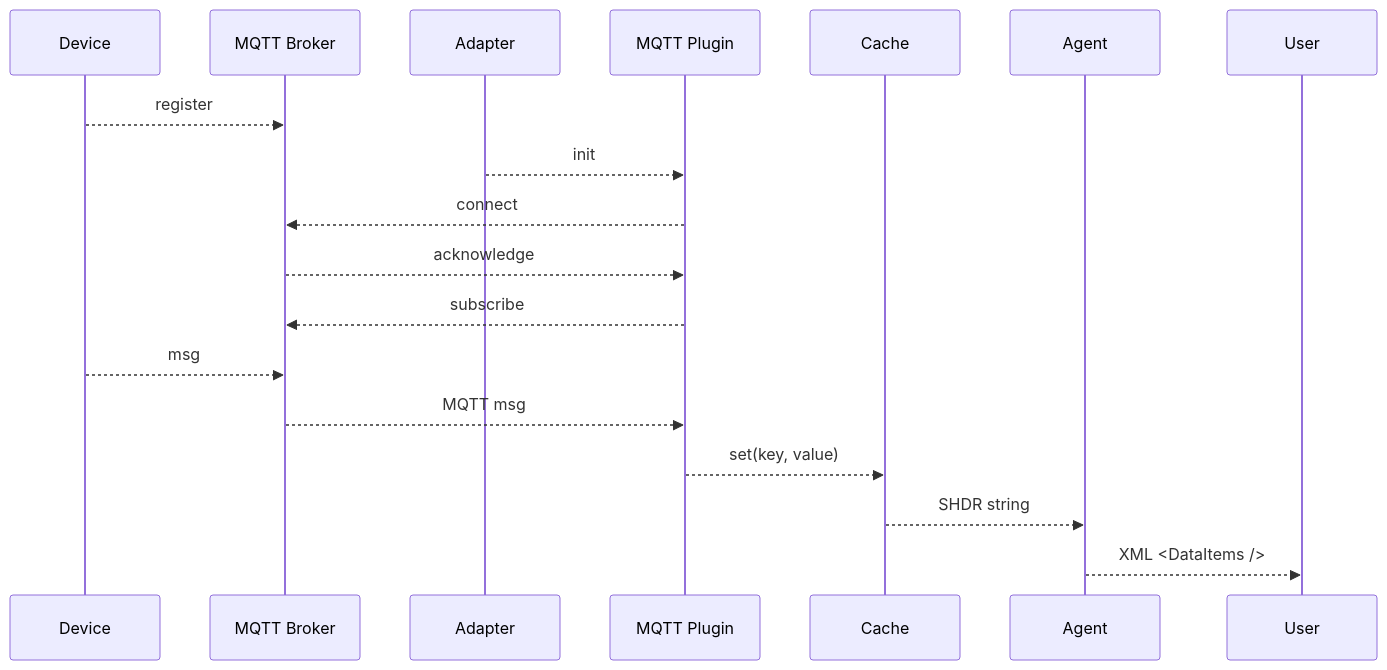
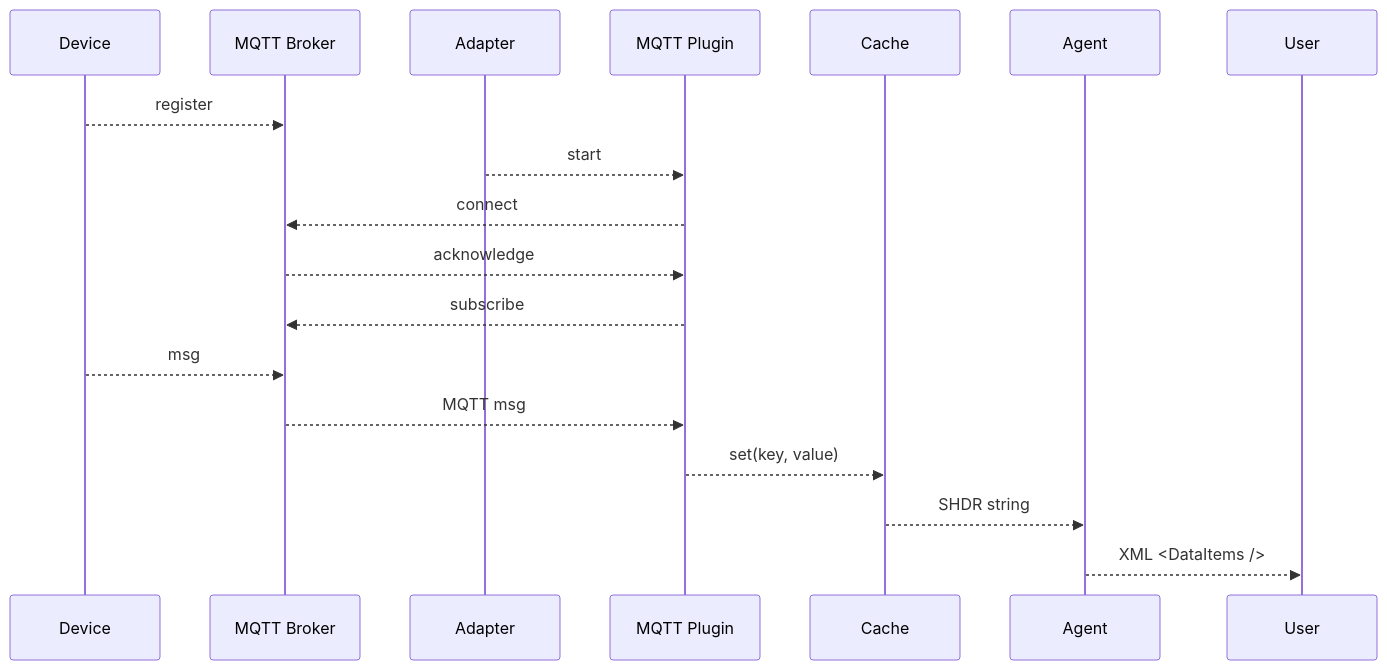
One commit to Ladder99/ladder99 changed the second of 4 diagrams in design/sequences.md. Above: the diagram before and after it, drawn with Mermaid. The commit also changed other lines of this file and 5 other files, not shown here.

````diff
--- a/design/sequences.md
+++ b/design/sequences.md
@@ -7,23 +28,23 @@
 ```mermaid
 sequenceDiagram
 
 participant device as Device
 participant server as MQTT Broker
 participant adapter as Adapter
 participant plugin as MQTT Plugin
 participant cache as Cache
 participant agent as Agent
 participant user as User
 
 device -->> server: register
-adapter -->> plugin: init
+adapter -->> plugin: start
 plugin -->> server: connect
 server -->> plugin: acknowledge
 plugin -->> server: subscribe
 device -->> server: msg
 server -->> plugin: MQTT msg
 plugin -->> cache: set(key, value)
 cache -->> agent: SHDR string
 agent -->> user: XML <DataItems />
 
 ```
````
